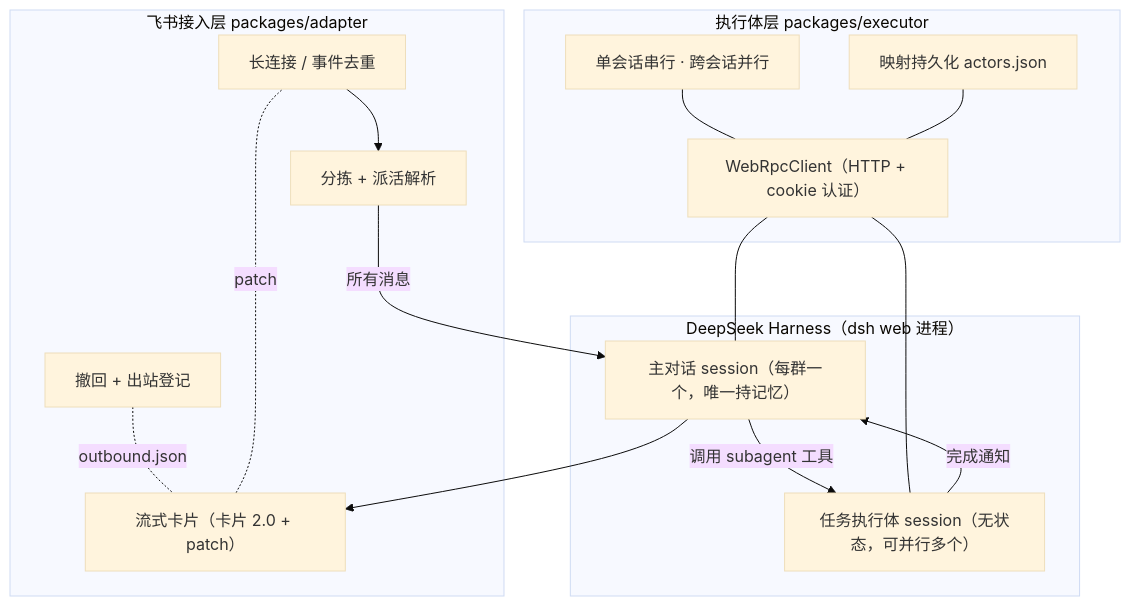
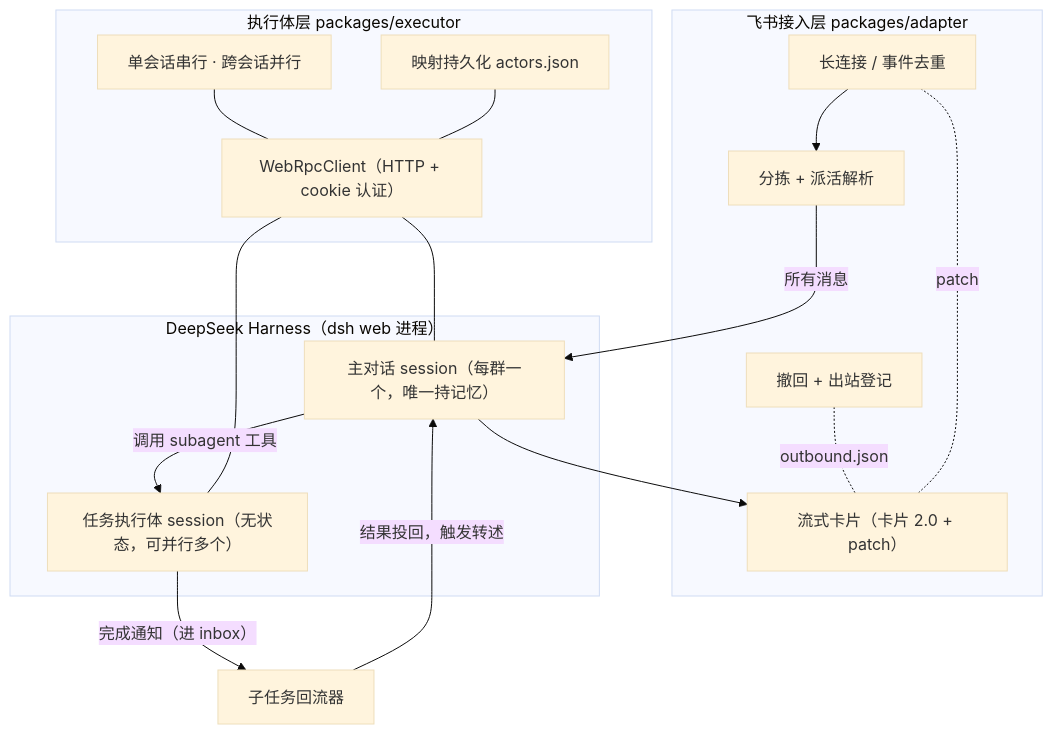
Before and after one commit to ZhaoBody/feishu-dsh-connector: the diagram in README.md, drawn with Mermaid (base theme). The commit also changed other lines of this file and 1 other file, not shown here.

Commit message:
docs: 补子任务回流器的说明
- 根 README 架构图加入回流器（完成通知 → 回流器 → 主对话转述）
- 特性表加「结果自动回流」
- adapter README 职责补上 MainWatcher / SubagentCollector / SendApi / dispatch

````diff
--- a/README.md
+++ b/README.md
@@ -17,32 +17,33 @@
 ```mermaid
 flowchart TB
   subgraph F["飞书接入层 packages/adapter"]
     L["长连接 / 事件去重"]
     M["分拣 + 派活解析"]
     C["流式卡片（卡片 2.0 + patch）"]
     R["撤回 + 出站登记"]
   end
 
   subgraph X["执行体层 packages/executor"]
     H["WebRpcClient（HTTP + cookie 认证）"]
     Q["单会话串行 · 跨会话并行"]
     S["映射持久化 actors.json"]
   end
 
   subgraph D["DeepSeek Harness（dsh web 进程）"]
     MAIN["主对话 session（每群一个，唯一持记忆）"]
     TASK["任务执行体 session（无状态，可并行多个）"]
   end
 
   L --> M
   M -->|"所有消息"| MAIN
   MAIN -->|"调用 subagent 工具"| TASK
-  TASK -->|"完成通知"| MAIN
+  TASK -->|"完成通知（进 inbox）"| COLLECT["子任务回流器"]
+  COLLECT -->|"结果投回，触发转述"| MAIN
   MAIN --> C
   C -. "patch" .- L
   R -. "outbound.json" .- C
   H --- MAIN
   H --- TASK
   Q --- H
   S --- H
 ```
````
